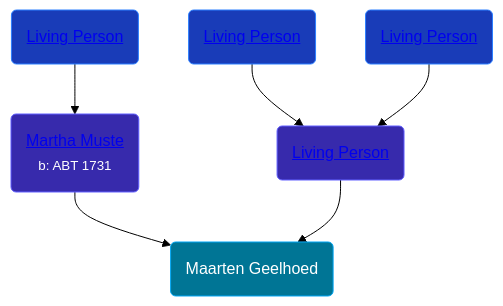
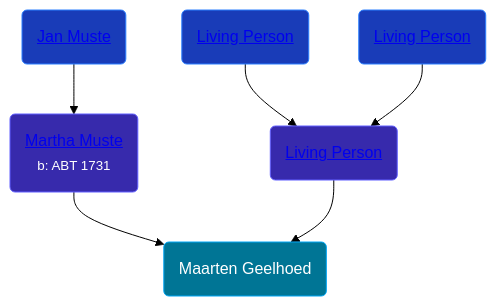
The diagram in pages/people/3/33889936.md (wpmgotkh/wpmgotkh.github.io), drawn with Mermaid (forest theme) before and after one commit. The commit also changed 586 other files, not shown here.

Commit message:
feat: better shouldConsiderPersonLiving algo

````diff
--- a/pages/people/3/33889936.md
+++ b/pages/people/3/33889936.md
@@ -11,12 +11,12 @@
 ```mermaid
 graph
 classDef grands fill:#193cb8,stroke:#2b7fff,stroke-width:1px,color:#fff;
 classDef parents fill:#372aac,stroke:#615fff,stroke-width:1px,color:#fff;
 classDef primary fill:#007595,stroke:#00a6f4,stroke-width:1px,color:#fff;
 33889936(Maarten Geelhoed):::primary
 90752360(<a class="text-white" href="/people/9/90752360">Martha Muste</a><br /><small>b: ABT 1731</small>):::parents-->33889936
-57944097(<a class="text-white" href="/people/5/57944097">Living Person</a>):::grands-->90752360
+57944097(<a class="text-white" href="/people/5/57944097">Jan Muste</a>):::grands-->90752360
 25458048(<a class="text-white" href="/people/2/25458048">Living Person</a>):::parents-->33889936
 73996126(<a class="text-white" href="/people/7/73996126">Living Person</a>):::grands-->25458048
 2482812(<a class="text-white" href="/people/2/2482812">Living Person</a>):::grands-->25458048
 ```
````
